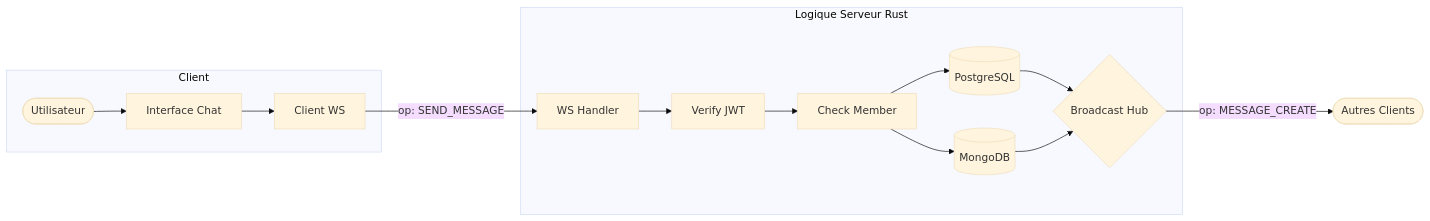
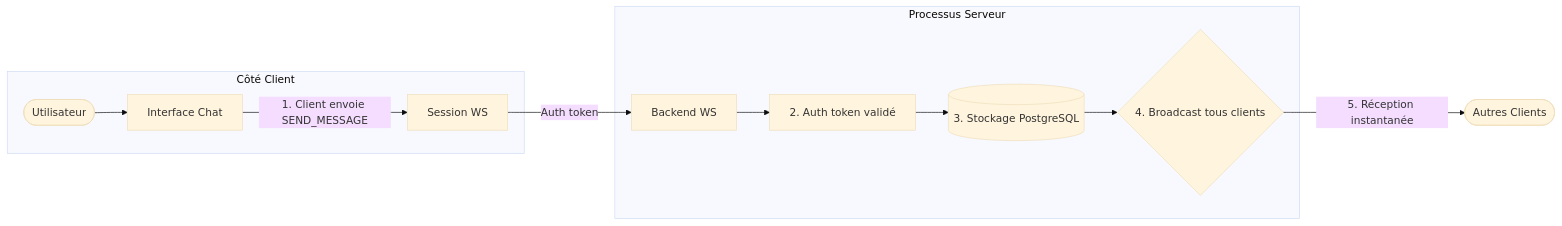
One commit to florian-billon/voisins-connect changed the second of 4 diagrams in README.md. Above: the diagram before and after it, drawn with Mermaid (base theme). The commit also changed other lines of this file, not shown here.

Commit message:
docs: finalize WebSocket diagram with user-specified lifecycle labels

````diff
--- a/README.md
+++ b/README.md
@@ -330,19 +330,17 @@
 ```mermaid
 flowchart LR
-    subgraph Frontend [Client]
+    subgraph Frontend [Côté Client]
     U([Utilisateur]) --> UI[Interface Chat]
-    UI --> WS_C[Client WS]
+    UI -- "1. Client envoie SEND_MESSAGE" --> WS_C[Session WS]
     end
 
-    WS_C -- "op: SEND_MESSAGE" --> WS_H[WS Handler]
+    WS_C -- "Auth token" --> WS_H[Backend WS]
 
-    subgraph Backend [Logique Serveur Rust]
-    WS_H --> Auth[Verify JWT]
-    Auth --> Perms[Check Member]
-    Perms --> PG[(PostgreSQL)]
-    Perms --> MG[(MongoDB)]
-    PG & MG --> Hub{Broadcast Hub}
+    subgraph Backend [Processus Serveur]
+    WS_H --> Auth[2. Auth token validé]
+    Auth --> DB[(3. Stockage PostgreSQL)]
+    DB --> Hub{4. Broadcast tous clients}
     end
 
-    Hub -- "op: MESSAGE_CREATE" --> Peers([Autres Clients])
+    Hub -- "5. Réception instantanée" --> Peers([Autres Clients])
 ```
````
